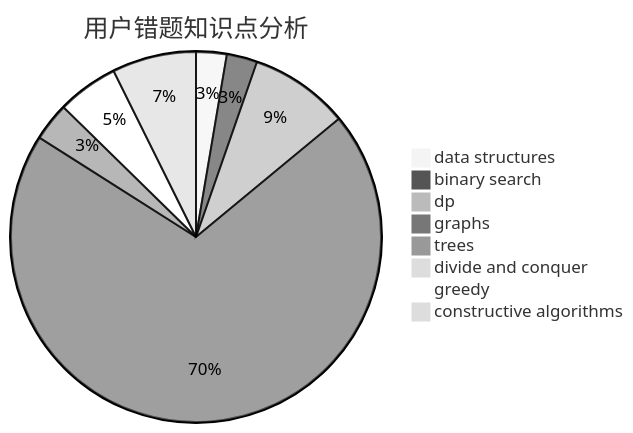
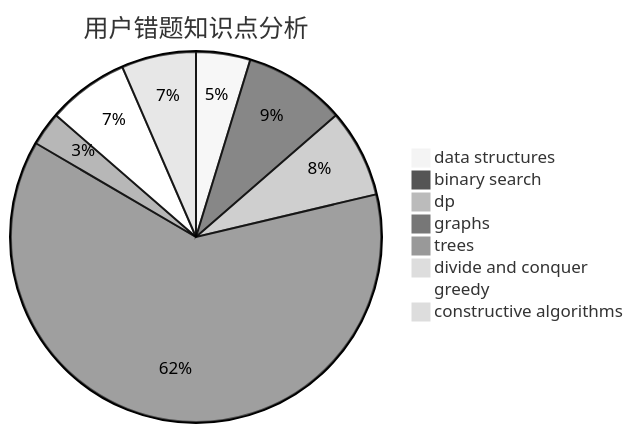
Before and after one commit to sherpahu/cfrs.github.io: the third of 3 diagrams in docs/user/u2168.md, drawn with Mermaid (neutral theme). The commit also changed other lines of this file and 2770 other files, not shown here.

````diff
--- a/docs/user/u2168.md
+++ b/docs/user/u2168.md
@@ -36,11 +36,11 @@
 ```mermaid
 pie title 用户错题知识点分析
-    "data structures" :  4
-    "binary search" :  4
+    "data structures" :  8
+    "binary search" :  15
     "dp" :  13
     "graphs" :  105
     "trees" :  5
     "divide and conquer" :  0
-    "greedy" :  8
+    "greedy" :  12
     "constructive algorithms" :  11
 ```
````
